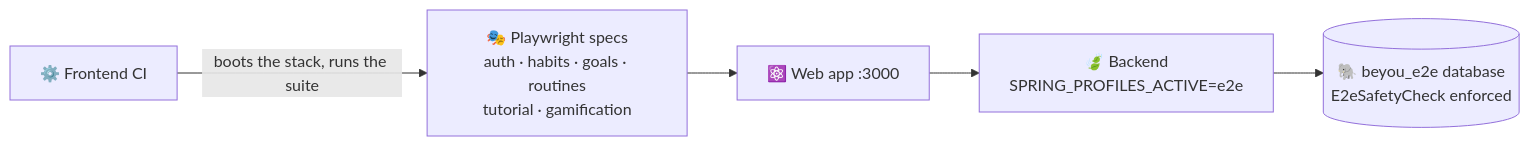
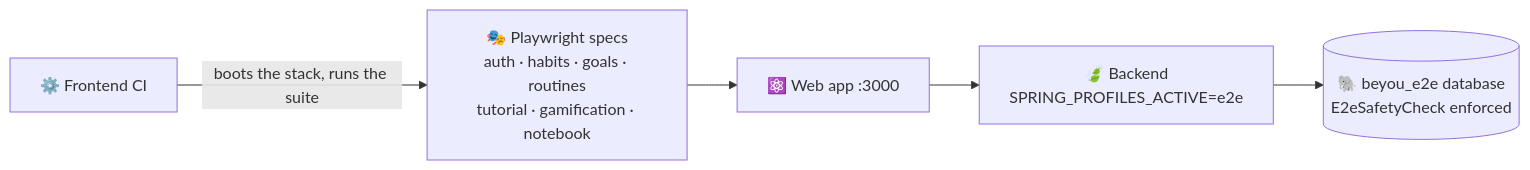
Before and after one commit to AndDev741/Beyou-arch-design: the diagram in projects/beyou-e2e-tests/diagram.mmd, drawn with Mermaid. The commit also changed 39 other files, not shown here.

```diff
--- a/projects/beyou-e2e-tests/diagram.mmd
+++ b/projects/beyou-e2e-tests/diagram.mmd
@@ -1,6 +1,6 @@
 flowchart LR
-  SPECS["🎭 Playwright specs<br/>auth · habits · goals · routines<br/>tutorial · gamification"]
+  SPECS["🎭 Playwright specs<br/>auth · habits · goals · routines<br/>tutorial · gamification · notebook"]
   SPECS --> FE["⚛️ Web app :3000"]
   FE --> BE["🍃 Backend<br/>SPRING_PROFILES_ACTIVE=e2e"]
   BE --> DB[("🐘 beyou_e2e database<br/>E2eSafetyCheck enforced")]
   CI["⚙️ Frontend CI"] -->|"boots the stack, runs the suite"| SPECS
```
